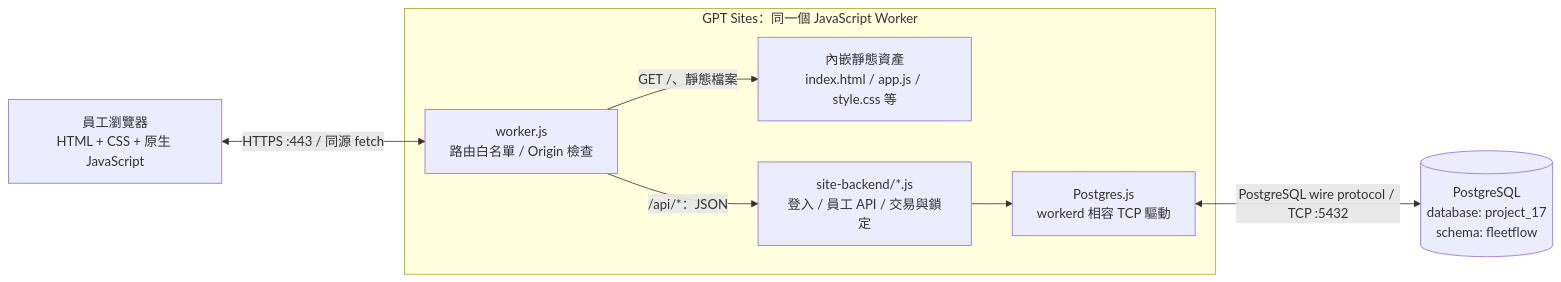
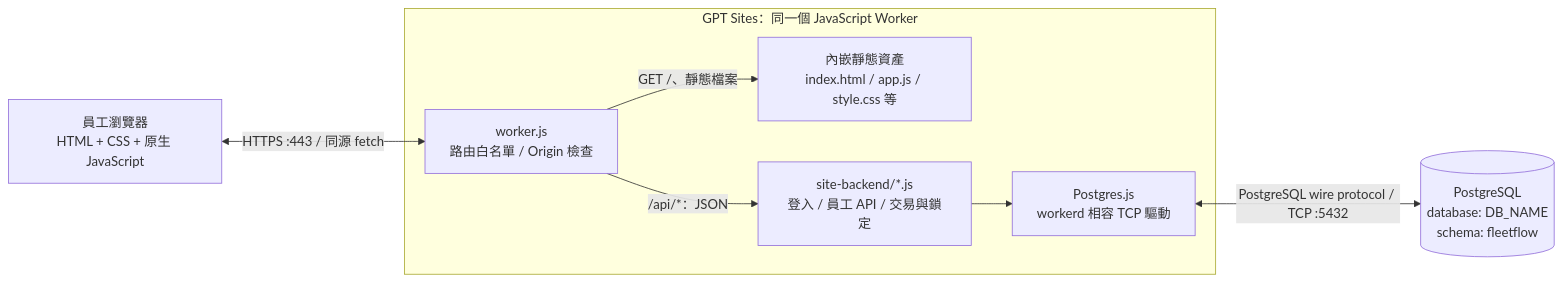
The first of 4 diagrams in docs/SYSTEM_ARCHITECTURE.md (Davidsuwj/fleetflow), drawn with Mermaid before and after one commit. The commit also changed other lines of this file and 39 other files, not shown here.

Commit message:
feat: unify employee identity and update ERD; sanitize deployment docs

````diff
--- a/docs/SYSTEM_ARCHITECTURE.md
+++ b/docs/SYSTEM_ARCHITECTURE.md
@@ -13,16 +13,16 @@
 ```mermaid
 flowchart LR
     Browser["員工瀏覽器<br/>HTML + CSS + 原生 JavaScript"]
     subgraph Sites["GPT Sites：同一個 JavaScript Worker"]
         Router["worker.js<br/>路由白名單 / Origin 檢查"]
         Assets["內嵌靜態資產<br/>index.html / app.js / style.css 等"]
         API["site-backend/*.js<br/>登入 / 員工 API / 交易與鎖定"]
         Driver["Postgres.js<br/>workerd 相容 TCP 驅動"]
         Router -->|"GET /、靜態檔案"| Assets
         Router -->|"/api/*：JSON"| API
         API --> Driver
     end
-    DB[("PostgreSQL<br/>database: project_17<br/>schema: fleetflow")]
+    DB[("PostgreSQL<br/>database: DB_NAME<br/>schema: fleetflow")]
     Browser <-->|"HTTPS :443 / 同源 fetch"| Router
     Driver <-->|"PostgreSQL wire protocol / TCP :5432"| DB
 ```
````
